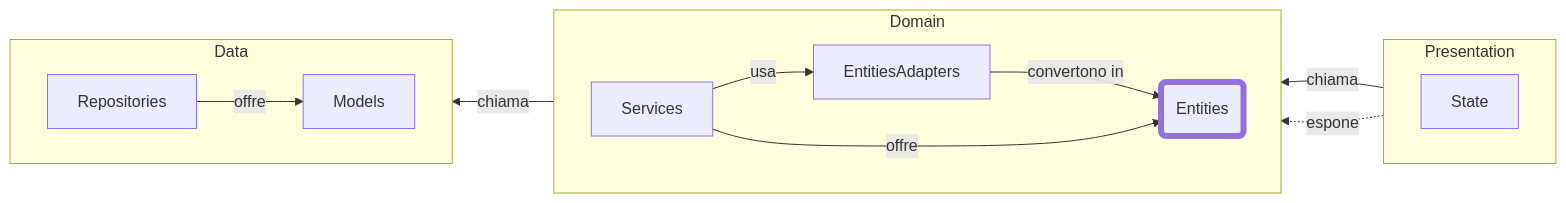
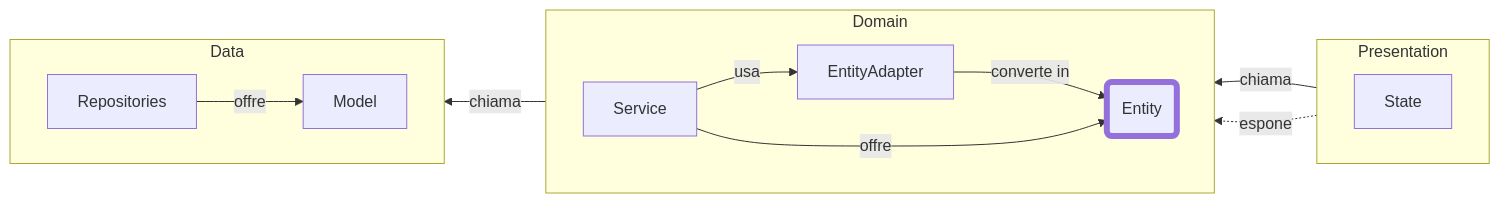
The diagram in pages/architecture/3.5_scheme_domain.md (lucavenir/riverpod_architecture_presentation), drawn with Mermaid before and after one commit. The commit also changed other lines of this file and 2 other files, not shown here.

Commit message:
Data layer and some fixes

````diff
--- a/pages/architecture/3.5_scheme_domain.md
+++ b/pages/architecture/3.5_scheme_domain.md
@@ -8,21 +8,21 @@
 ```mermaid
 flowchart RL
   subgraph Presentation
     direction LR
       State
   end
-  State -- chiama --> Services
-  State -. espone .-> id1(Entities)
+  State -- chiama --> Service
+  State -. espone .-> id1(Entity)
   subgraph Domain
     direction LR
-      Services -- usa --> EntitiesAdapters
-      EntitiesAdapters -- convertono in --> id1(Entities)
-      Services -- offre --> id1(Entities)
+      Service -- usa --> EntityAdapter
+      EntityAdapter -- converte in --> id1(Entity)
+      Service -- offre --> id1(Entity)
   end
-  Services -- chiama --> Repositories 
+  Service -- chiama --> Repositories 
   subgraph Data
     direction LR
-      Repositories -- offre --> Models 
+      Repositories -- offre --> Model 
   end
   style id1 stroke-width:6px
 ```
````
